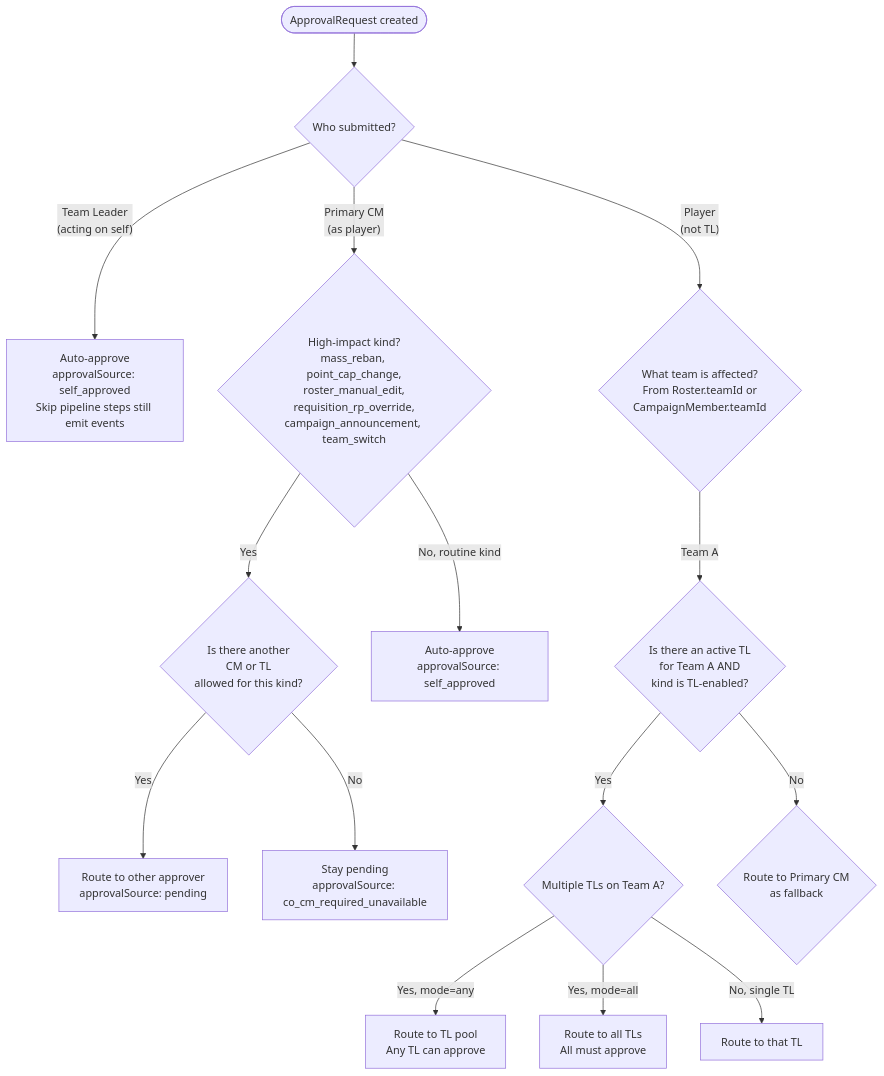
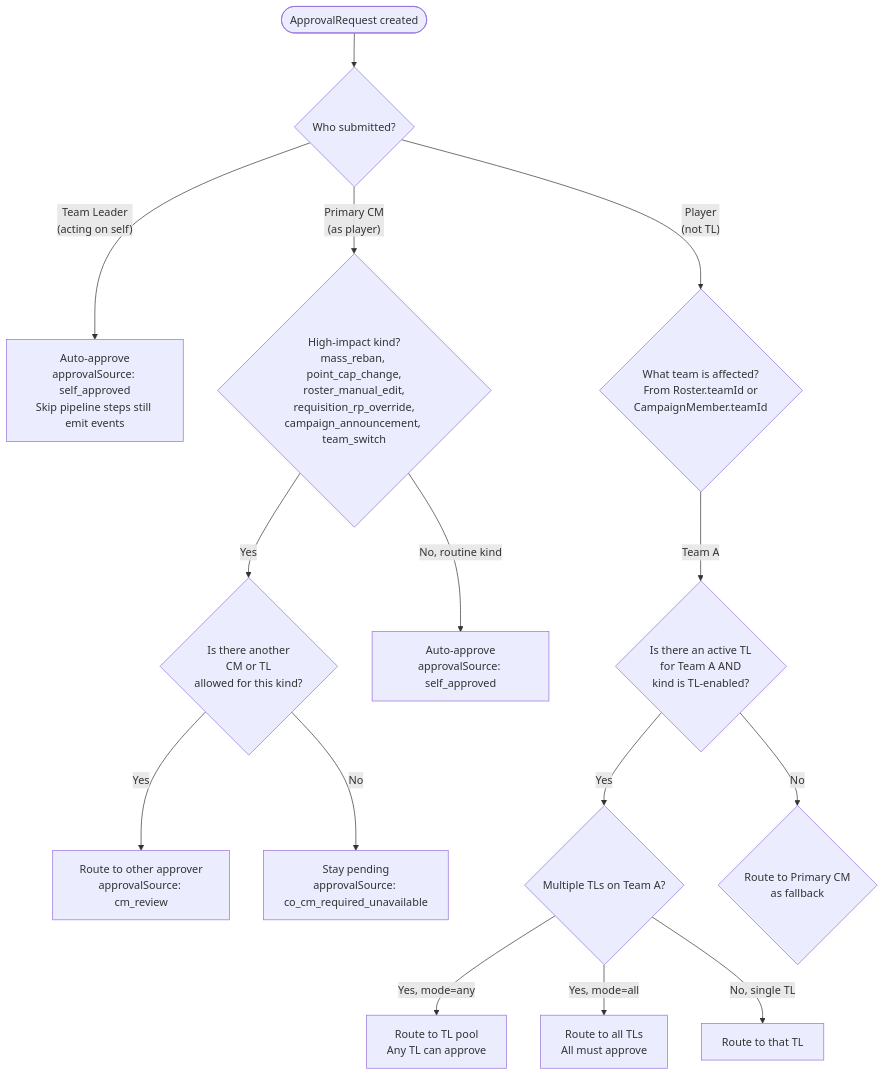
One commit to kaykayyali/crusade-master-prds changed the first of 5 diagrams in prd-5-approval-system.md. Above: the diagram before and after it, drawn with Mermaid. The commit also changed other lines of this file and 10 other files, not shown here.

````diff
--- a/prd-5-approval-system.md
+++ b/prd-5-approval-system.md
@@ -326,17 +337,17 @@
 ```mermaid
 flowchart TD
     Start([ApprovalRequest created]) --> Q1{Who submitted?}
     Q1 -- "Team Leader<br/>(acting on self)" --> Auto1[Auto-approve<br/>approvalSource: self_approved<br/>Skip pipeline steps still emit events]
     Q1 -- "Primary CM<br/>(as player)" --> Q2{High-impact kind?<br/>mass_reban, point_cap_change,<br/>roster_manual_edit,<br/>requisition_rp_override,<br/>campaign_announcement, team_switch}
     Q2 -- "Yes" --> Q3{Is there another<br/>CM or TL<br/>allowed for this kind?}
-    Q3 -- "Yes" --> Route2[Route to other approver<br/>approvalSource: pending]
+    Q3 -- "Yes" --> Route2[Route to other approver<br/>approvalSource: cm_review]
     Q3 -- "No" --> Stay[Stay pending<br/>approvalSource: co_cm_required_unavailable]
     Q2 -- "No, routine kind" --> Auto2[Auto-approve<br/>approvalSource: self_approved]
     Q1 -- "Player<br/>(not TL)" --> Q4{What team is affected?<br/>From Roster.teamId or<br/>CampaignMember.teamId}
     Q4 -- "Team A" --> Q5{Is there an active TL<br/>for Team A AND<br/>kind is TL-enabled?}
     Q5 -- "Yes" --> Q6{Multiple TLs on Team A?}
     Q6 -- "Yes, mode=any" --> Route3a[Route to TL pool<br/>Any TL can approve]
     Q6 -- "Yes, mode=all" --> Route3b[Route to all TLs<br/>All must approve]
     Q6 -- "No, single TL" --> Route3c[Route to that TL]
     Q5 -- "No" --> Q7{Route to Primary CM<br/>as fallback}
 ```
````
